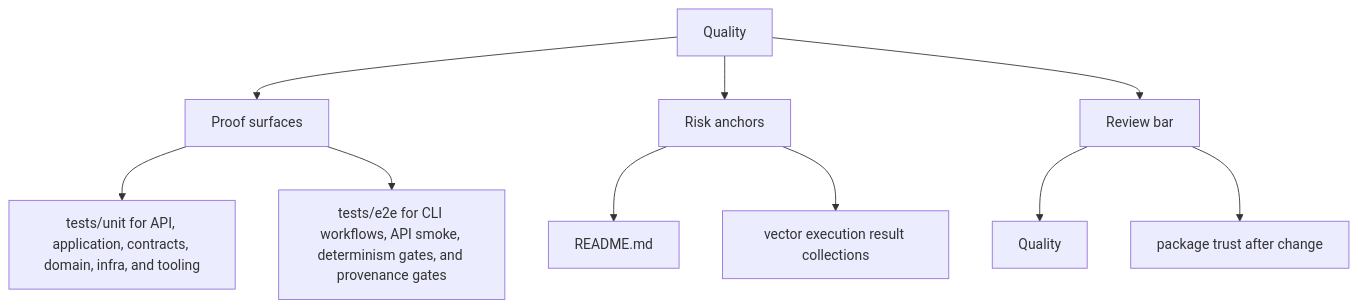
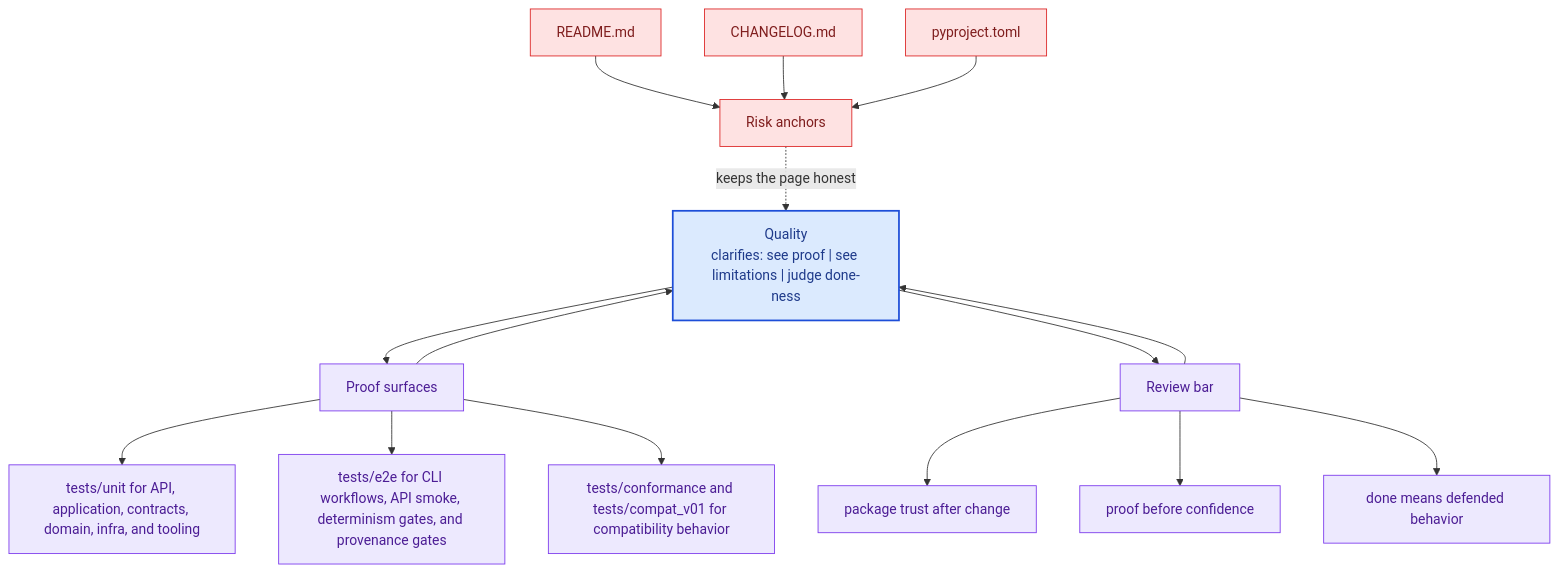
Before and after one commit to bijux/bijux-canon: the second of 2 diagrams in docs/bijux-canon-index/quality/index.md, drawn with Mermaid. The commit also changed other lines of this file and 281 other files, not shown here.

Commit message:
docs(diagrams): deepen handbook mermaid maps across the catalog

````diff
--- a/docs/bijux-canon-index/quality/index.md
+++ b/docs/bijux-canon-index/quality/index.md
@@ -32,22 +65,41 @@
 ```mermaid
-flowchart TD
-    page["Quality"]
+flowchart TB
+    promise["Quality<br/>clarifies: see proof | see limitations | judge done-ness"]
+    classDef promise fill:#dbeafe,stroke:#1d4ed8,color:#1e3a8a,stroke-width:2px;
+    classDef driver fill:#dcfce7,stroke:#16a34a,color:#14532d;
+    classDef constraint fill:#fee2e2,stroke:#dc2626,color:#7f1d1d;
+    classDef ground fill:#ede9fe,stroke:#7c3aed,color:#4c1d95;
     focus1["Proof surfaces"]
-    page --> focus1
+    focus1 --> promise
+    promise --> focus1
     focus1_1["tests/unit for API, application, contracts, domain, infra, and tooling"]
     focus1 --> focus1_1
     focus1_2["tests/e2e for CLI workflows, API smoke, determinism gates, and provenance gates"]
     focus1 --> focus1_2
+    focus1_3["tests/conformance and tests/compat_v01 for compatibility behavior"]
+    focus1 --> focus1_3
+    class focus1 ground;
+    class focus1_1,focus1_2,focus1_3 ground;
     focus2["Risk anchors"]
-    page --> focus2
+    focus2 -.keeps the page honest.-> promise
     focus2_1["README.md"]
-    focus2 --> focus2_1
-    focus2_2["vector execution result collections"]
-    focus2 --> focus2_2
+    focus2_1 --> focus2
+    focus2_2["CHANGELOG.md"]
+    focus2_2 --> focus2
+    focus2_3["pyproject.toml"]
+    focus2_3 --> focus2
+    class focus2 constraint;
+    class focus2_1,focus2_2,focus2_3 constraint;
     focus3["Review bar"]
-    page --> focus3
-    focus3_1["Quality"]
+    focus3 --> promise
+    promise --> focus3
+    focus3_1["package trust after change"]
     focus3 --> focus3_1
-    focus3_2["package trust after change"]
+    focus3_2["proof before confidence"]
     focus3 --> focus3_2
+    focus3_3["done means defended behavior"]
+    focus3 --> focus3_3
+    class focus3 ground;
+    class focus3_1,focus3_2,focus3_3 ground;
+    class promise promise;
 ```
````
